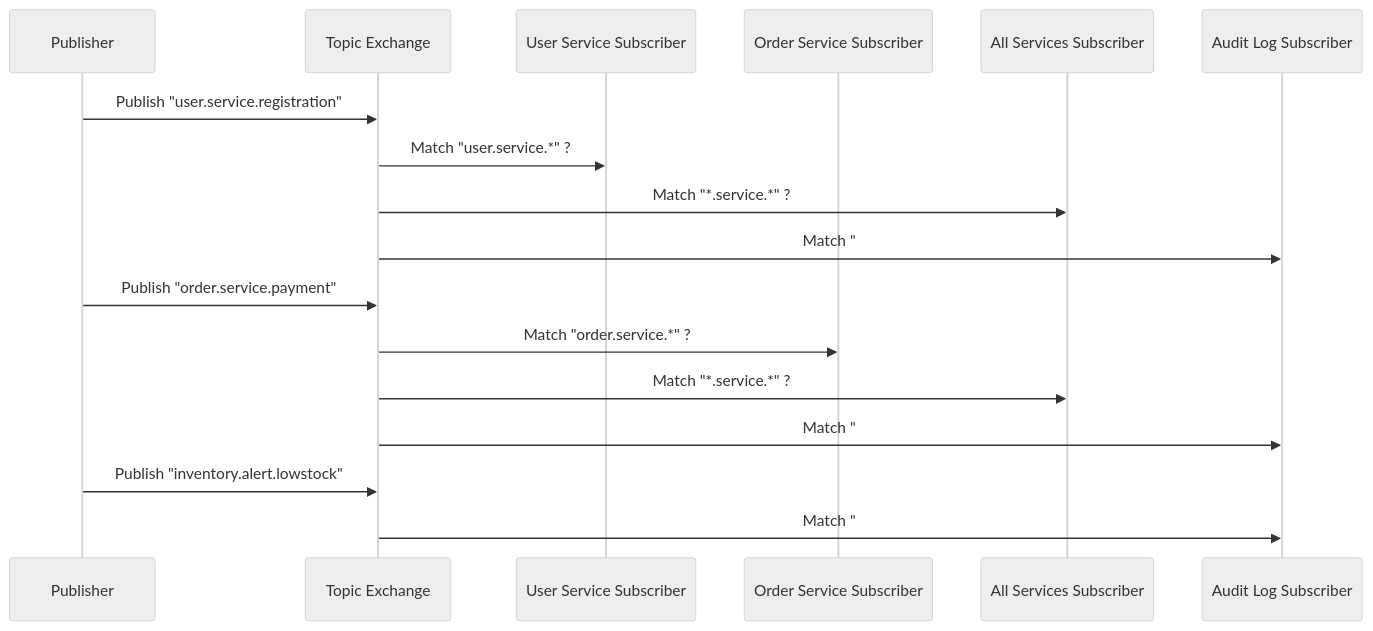
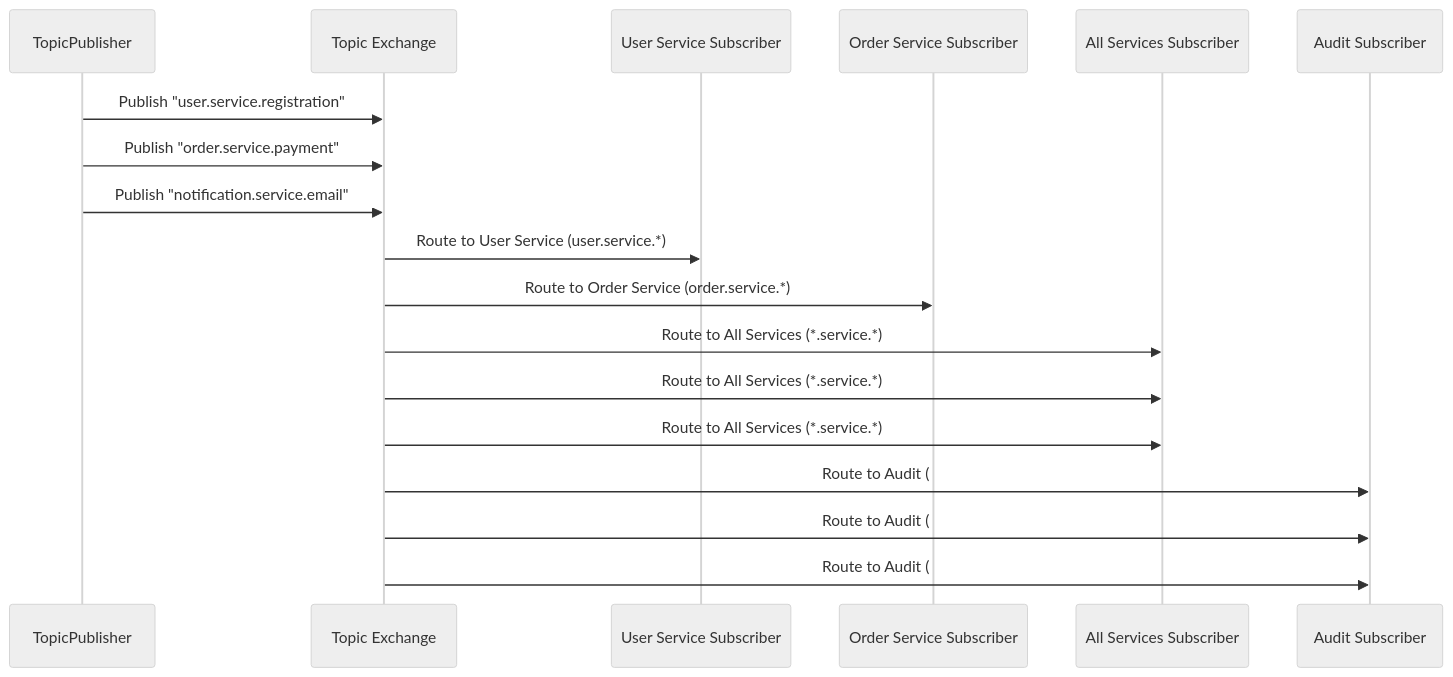
One commit to egarim/RabbitTests changed the third of 5 diagrams in RabbitTests/UseCase4_Topics/UseCase4_README.md. Above: the diagram before and after it, drawn with Mermaid (neutral theme). The commit also changed other lines of this file and 7 other files, not shown here.

````diff
--- a/RabbitTests/UseCase4_Topics/UseCase4_README.md
+++ b/RabbitTests/UseCase4_Topics/UseCase4_README.md
@@ -116,22 +114,24 @@
 ```mermaid
 sequenceDiagram
-    participant P as Publisher
+    participant P as TopicPublisher
     participant E as Topic Exchange
     participant U as User Service Subscriber
     participant O as Order Service Subscriber
     participant A as All Services Subscriber
-    participant L as Audit Log Subscriber
+    participant AU as Audit Subscriber
     
     P->>E: Publish "user.service.registration"
-    E->>U: Match "user.service.*" ?
-    E->>A: Match "*.service.*" ?
-    E->>L: Match "#" ?
+    P->>E: Publish "order.service.payment"
+    P->>E: Publish "notification.service.email"
     
-    P->>E: Publish "order.service.payment"
-    E->>O: Match "order.service.*" ?
-    E->>A: Match "*.service.*" ?
-    E->>L: Match "#" ?
+    E->>U: Route to User Service (user.service.*)
+    E->>O: Route to Order Service (order.service.*)
     
-    P->>E: Publish "inventory.alert.lowstock"
-    E->>L: Match "#" ?
+    E->>A: Route to All Services (*.service.*)
+    E->>A: Route to All Services (*.service.*)
+    E->>A: Route to All Services (*.service.*)
+    
+    E->>AU: Route to Audit (#)
+    E->>AU: Route to Audit (#)
+    E->>AU: Route to Audit (#)
 ```
````
